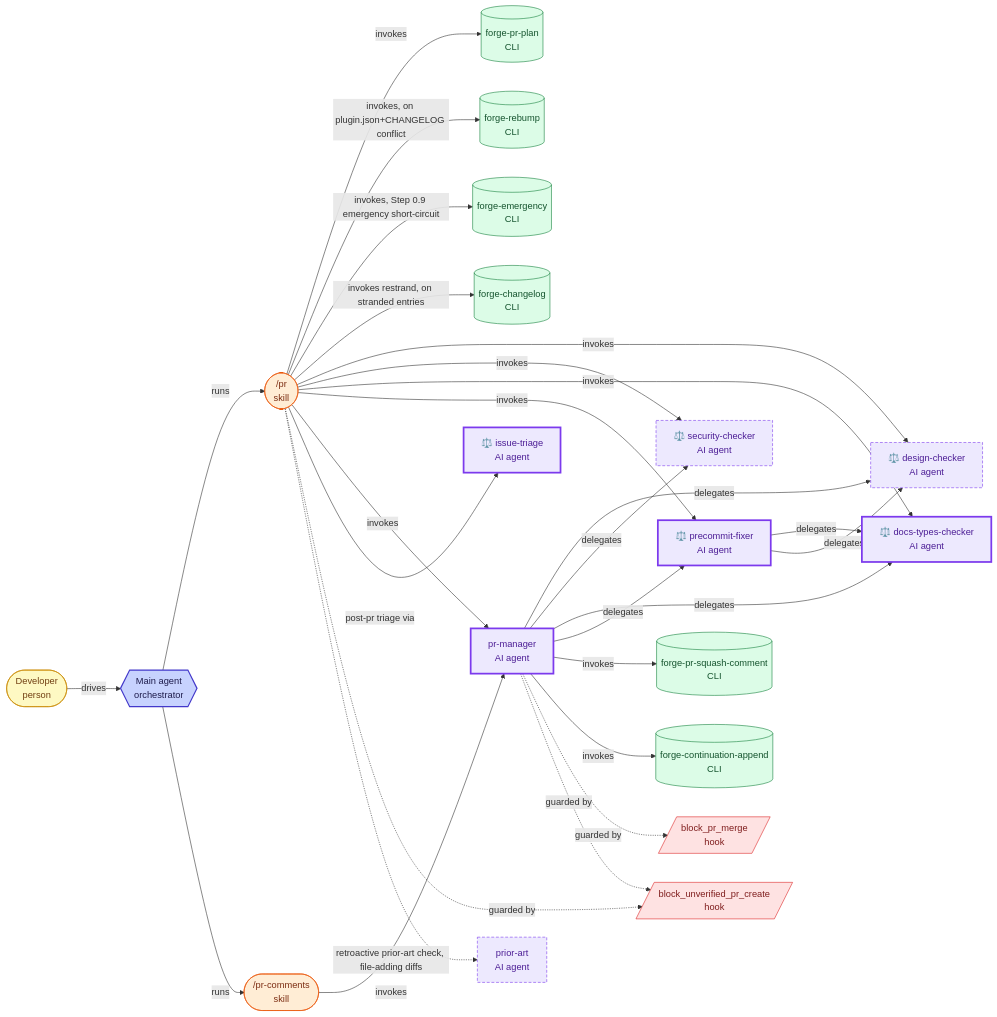
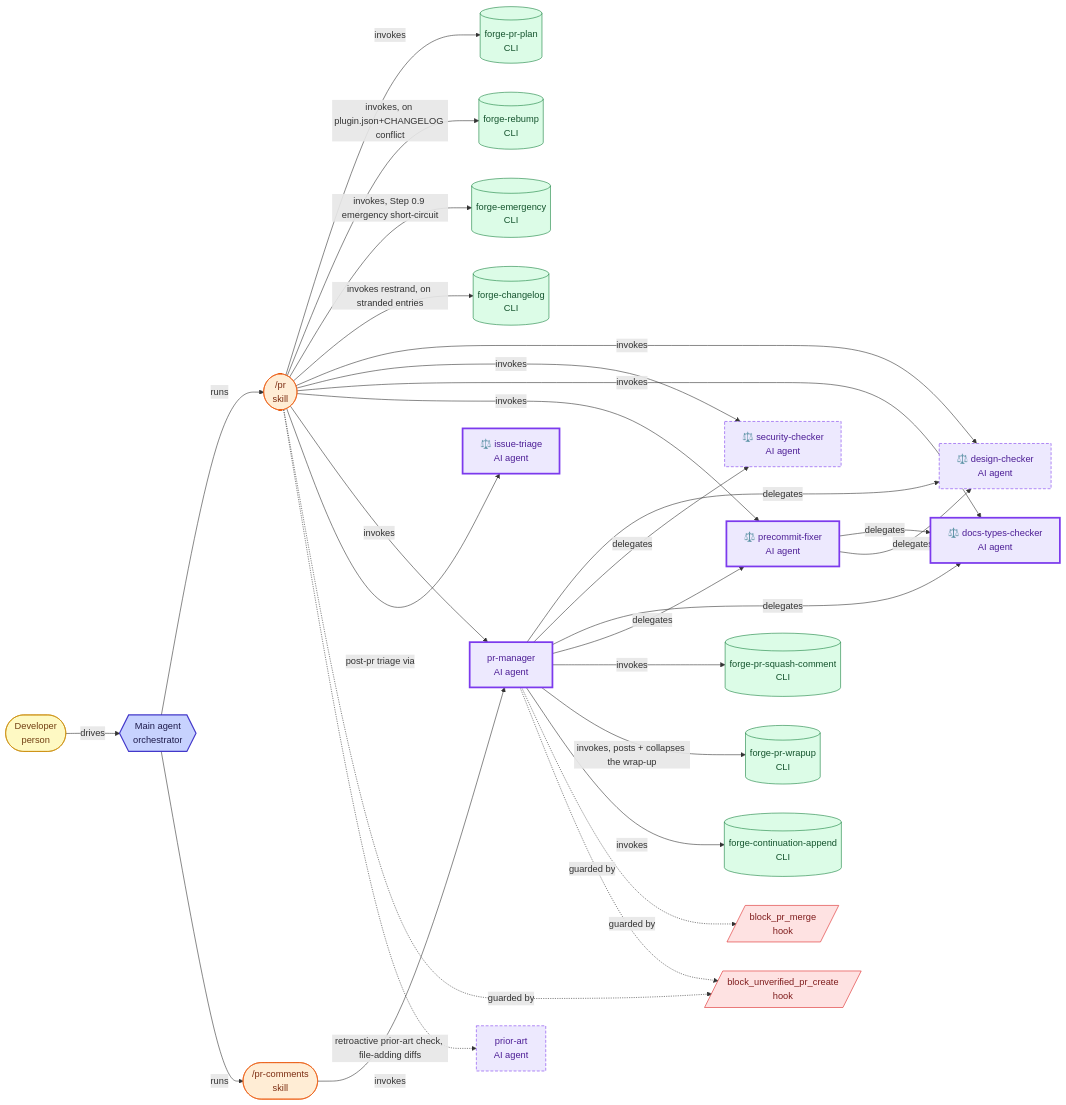
The third of 7 diagrams in docs/agent-architecture.md (misnaej/forge), drawn with Mermaid before and after one commit. The commit also changed 1 other file, not shown here.

Commit message:
docs(agents): forge-pr-wrapup node in the agent-architecture graph
pr-manager now posts and collapses the wrap-up through the CLI, so the
delegation graph names it; one hook-test docstring reworded.

```diff
--- a/docs/agent-architecture.md
+++ b/docs/agent-architecture.md
@@ -218,6 +218,7 @@
   cli_forge_continuation_append[("forge-continuation-append<br/>CLI")]
   cli_forge_pr_plan[("forge-pr-plan<br/>CLI")]
   cli_forge_pr_squash_comment[("forge-pr-squash-comment<br/>CLI")]
+  cli_forge_pr_wrapup[("forge-pr-wrapup<br/>CLI")]
   cli_forge_rebump[("forge-rebump<br/>CLI")]
   cli_forge_emergency[("forge-emergency<br/>CLI")]
   cli_forge_changelog[("forge-changelog<br/>CLI")]
@@ -248,6 +249,7 @@
   sk_pr -->|post-pr triage via| issue_triage
   sk_pr_comments -->|invokes| pr_manager
   pr_manager -->|invokes| cli_forge_pr_squash_comment
+  pr_manager -->|invokes, posts + collapses the wrap-up| cli_forge_pr_wrapup
   pr_manager -->|invokes| cli_forge_continuation_append
   pr_manager -.->|guarded by| hk_block_pr_merge
   pr_manager -.->|guarded by| hk_block_unverified_pr_create
@@ -266,6 +268,7 @@
   class cli_forge_continuation_append cli
   class cli_forge_pr_plan cli
   class cli_forge_pr_squash_comment cli
+  class cli_forge_pr_wrapup cli
   class cli_forge_rebump cli
   class cli_forge_emergency cli
   class cli_forge_changelog cli
```
